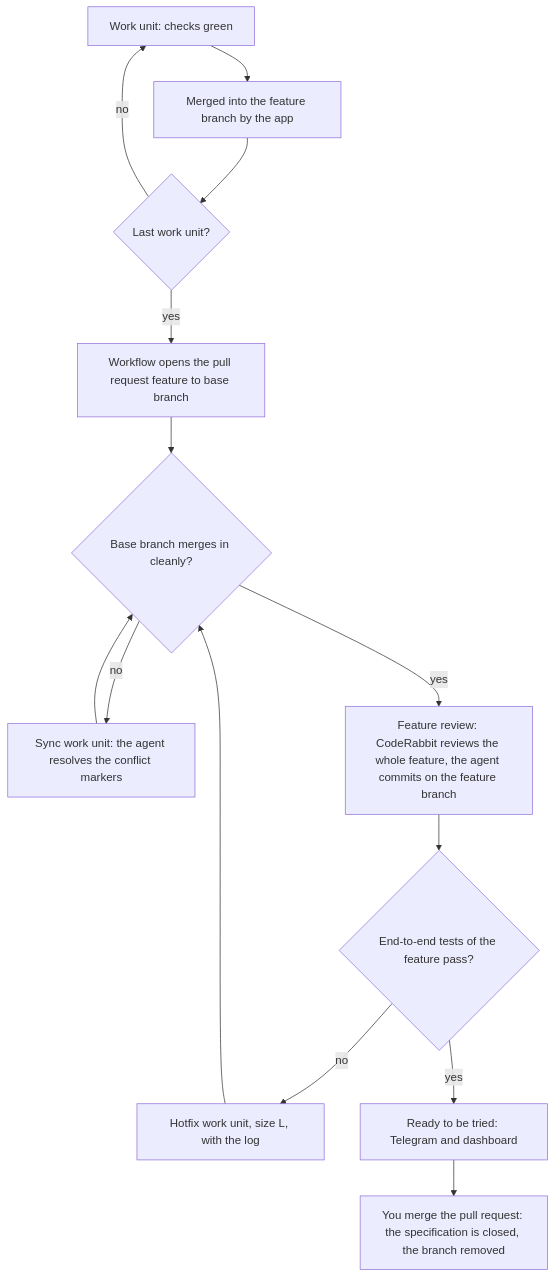
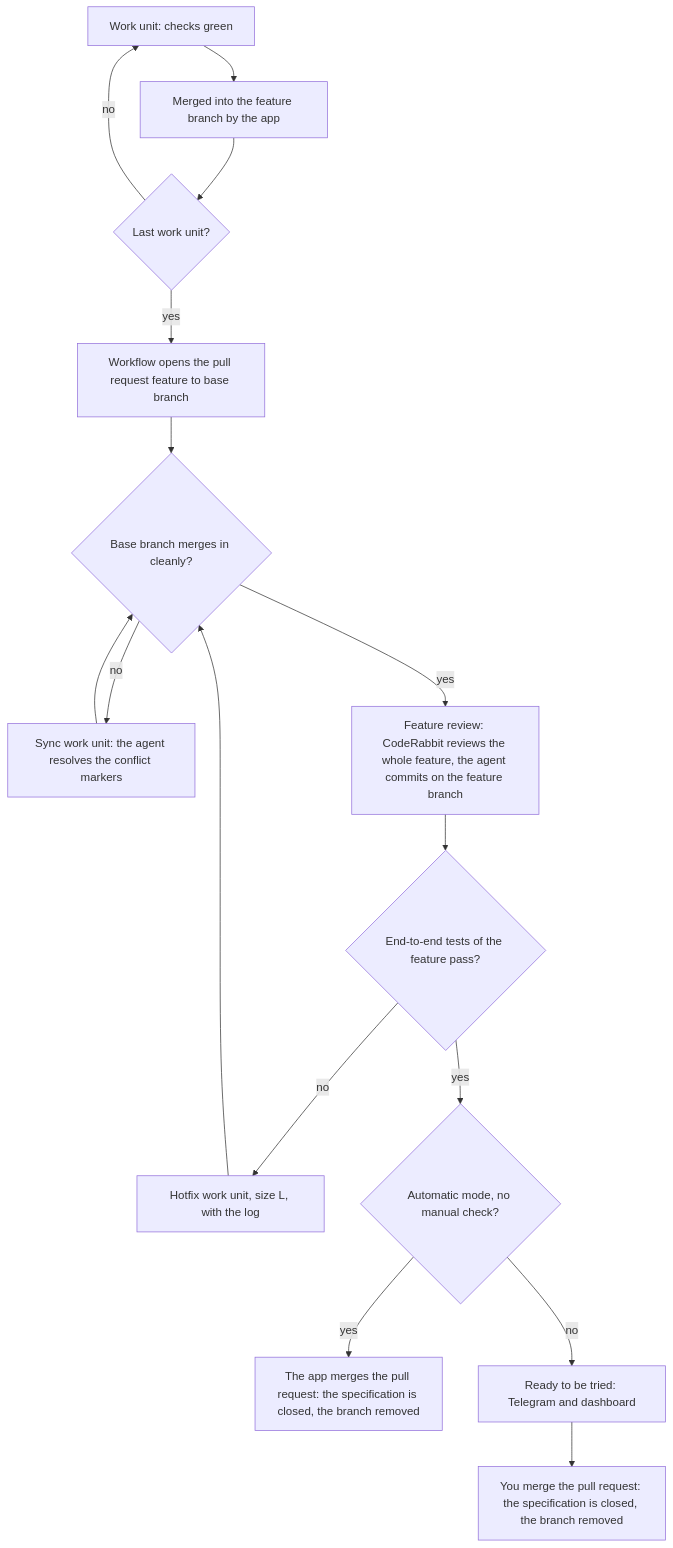
The second of 2 diagrams in docs/architecture.md (PeppeColi/peppec), drawn with Mermaid before and after one commit. The commit also changed other lines of this file and 14 other files, not shown here.

First line of the commit message:
feat: in automatic mode the app merges a reviewed and tested feature into the base branch, unless its specification asks for a manual check (#134)

````diff
--- a/docs/architecture.md
+++ b/docs/architecture.md
@@ -55,16 +55,18 @@
 ```mermaid
 flowchart TD
     W[Work unit: checks green] --> U[Merged into the feature branch by the app]
     U --> L{Last work unit?}
     L -- no --> W
     L -- yes --> O[Workflow opens the pull request feature to base branch]
     O --> S{Base branch merges in cleanly?}
     S -- no --> Y[Sync work unit: the agent resolves the conflict markers]
     Y --> S
     S -- yes --> R[Feature review: CodeRabbit reviews the whole feature, the agent commits on the feature branch]
     R --> E{End-to-end tests of the feature pass?}
     E -- no --> H[Hotfix work unit, size L, with the log]
     H --> S
-    E -- yes --> T[Ready to be tried: Telegram and dashboard]
+    E -- yes --> A{Automatic mode, no manual check?}
+    A -- yes --> X[The app merges the pull request: the specification is closed, the branch removed]
+    A -- no --> T[Ready to be tried: Telegram and dashboard]
     T --> M[You merge the pull request: the specification is closed, the branch removed]
 ```
````
